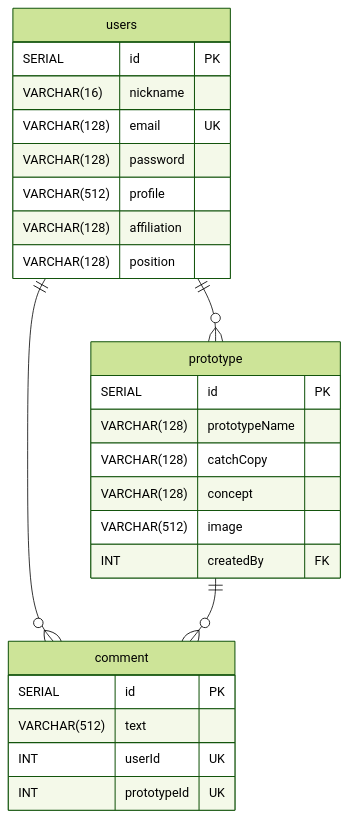
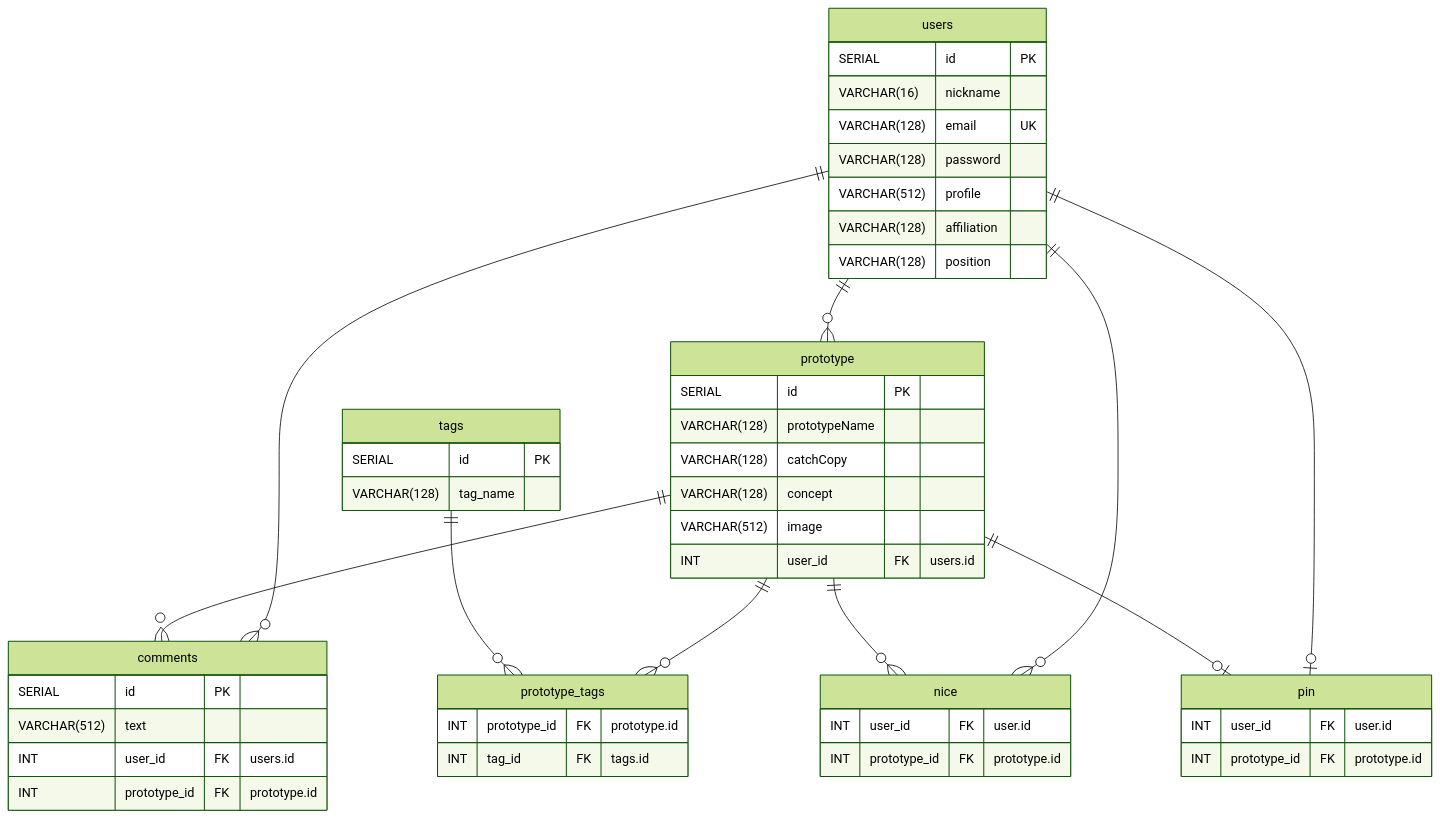
One commit to Maeda-smart/protospace-b changed the diagram in README.md. Above: the diagram before and after it, drawn with Mermaid (forest theme).

Commit message:
追加実装に必要な要件を追加

````diff
--- a/README.md
+++ b/README.md
@@ -16,29 +16,51 @@
 ```mermaid
 erDiagram
   users ||--o{ prototype: ""
-  users ||--o{ comment: ""
-  prototype ||--o{ comment: ""
+  users ||--o{ comments: ""
+  prototype ||--o{ comments: ""
+  prototype ||--o{ prototype_tags: ""
+  tags ||--o{ prototype_tags: ""
+  users ||--o{ nice: ""
+  prototype ||--o{ nice: ""
+  users ||--o| pin: ""
+  prototype ||--o| pin: ""
   users{
     SERIAL id PK
     VARCHAR(16) nickname
     VARCHAR(128) email UK
     VARCHAR(128) password
     VARCHAR(512) profile
     VARCHAR(128) affiliation
     VARCHAR(128) position
   }
   prototype{
     SERIAL id PK
     VARCHAR(128) prototypeName
     VARCHAR(128) catchCopy
     VARCHAR(128) concept
     VARCHAR(512) image
-    INT createdBy FK
+    INT user_id FK "users.id"
   }
-  comment{
+  comments{
     SERIAL id PK
     VARCHAR(512) text
-    INT userId UK
-    INT prototypeId UK
+    INT user_id FK "users.id"
+    INT prototype_id FK "prototype.id"
+  }
+  tags{
+    SERIAL id PK
+    VARCHAR(128) tag_name
+  }
+  prototype_tags{
+    INT prototype_id FK "prototype.id"
+    INT tag_id FK "tags.id"
+  }
+  nice{
+    INT user_id FK "user.id"
+    INT prototype_id FK "prototype.id"
+  }
+  pin{
+    INT user_id FK "user.id"
+    INT prototype_id FK "prototype.id"
   }
 ```
````
